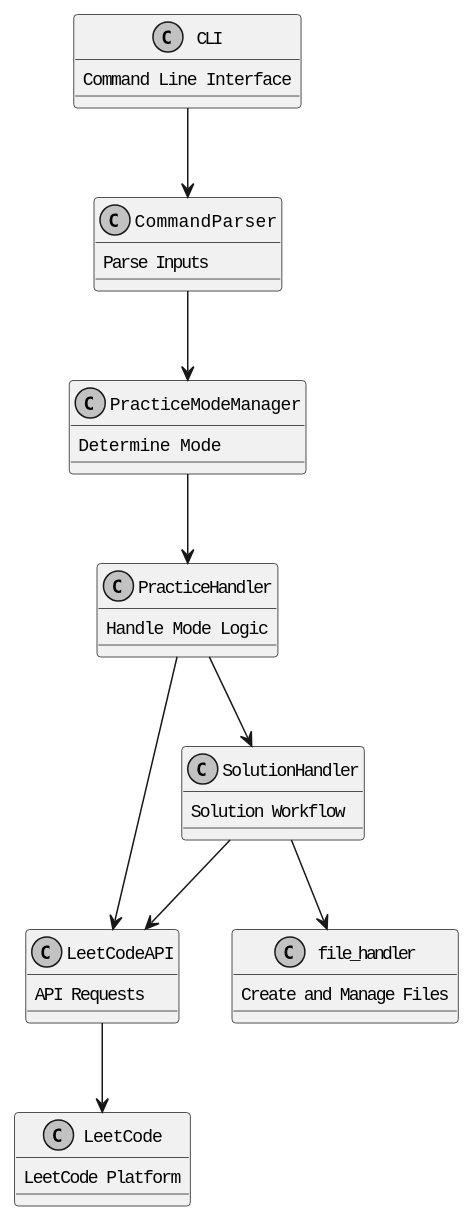
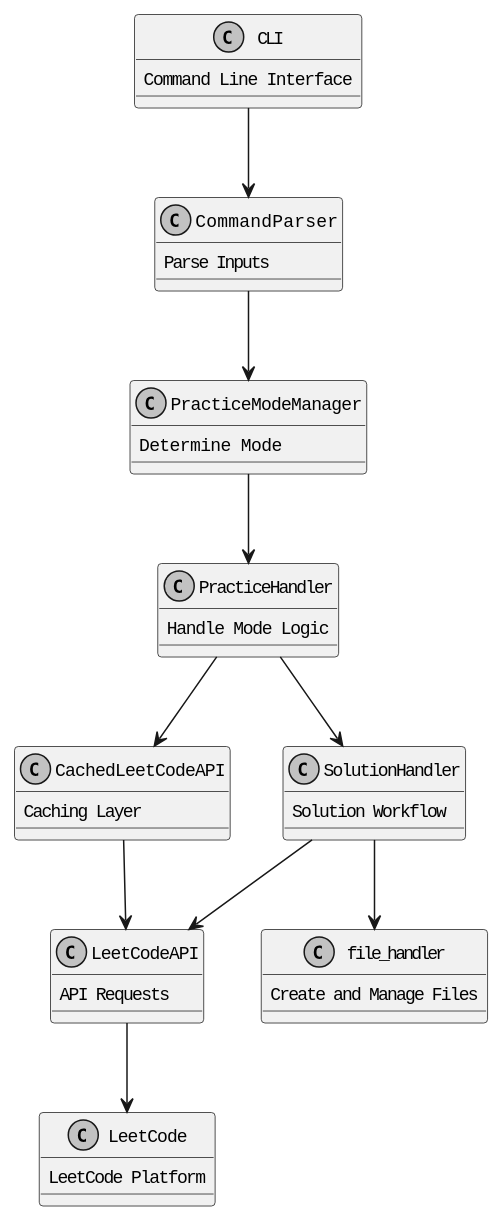
One commit to nicholasadamou/nicholasadamou.com changed the first of 4 diagrams in content/project/squidleet.mdx. Above: the diagram before and after it, drawn with PlantUML. The commit also changed other lines of this file, not shown here.

First line of the commit message:
Add caching layer for LeetCode API requests

````diff
--- a/content/project/squidleet.mdx
+++ b/content/project/squidleet.mdx
@@ -26,23 +26,25 @@
 ```plantuml
 @startuml
 skinparam monochrome true
 skinparam defaultFontName "Courier New"
 skinparam defaultFontSize 12
 CLI : Command Line Interface
 CommandParser : Parse Inputs
 PracticeModeManager : Determine Mode
 PracticeHandler : Handle Mode Logic
 LeetCodeAPI : API Requests
+CachedLeetCodeAPI : Caching Layer
 SolutionHandler : Solution Workflow
 file_handler : Create and Manage Files
 LeetCode : LeetCode Platform
 CLI --> CommandParser
 CommandParser --> PracticeModeManager
 PracticeModeManager --> PracticeHandler
-PracticeHandler --> LeetCodeAPI
+PracticeHandler --> CachedLeetCodeAPI
+CachedLeetCodeAPI -> LeetCodeAPI
 PracticeHandler --> SolutionHandler
 SolutionHandler --> file_handler
 SolutionHandler --> LeetCodeAPI
 LeetCodeAPI --> LeetCode
 @enduml
 ```
````
